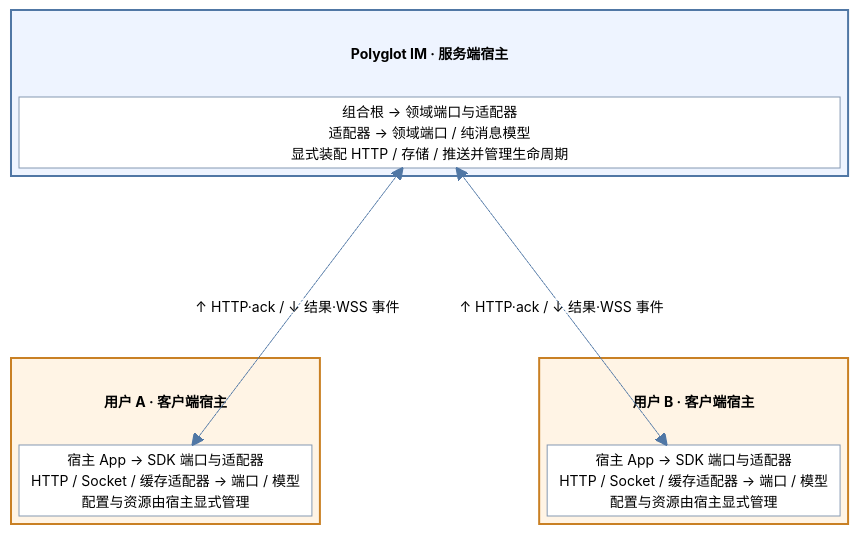
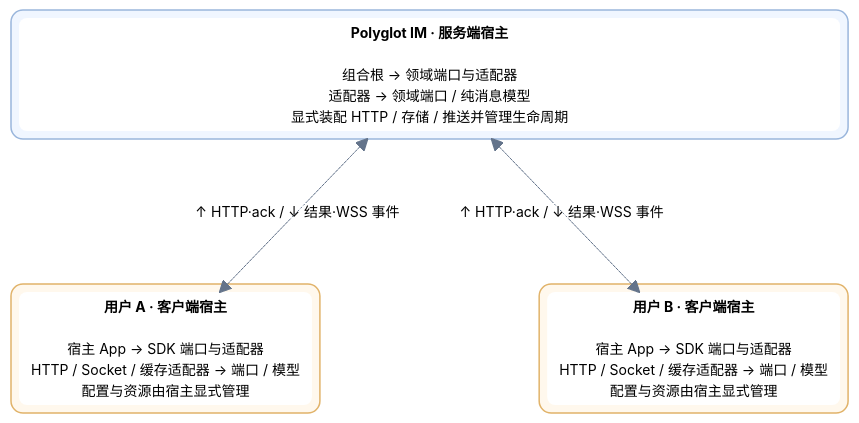
Before and after one commit to bitlap/polyglot-im: the diagram in docs/extensibility.md, drawn with Mermaid. The commit also changed 8 other files, not shown here.

Commit message:
docs: 美化 Mermaid 图并统一直角折线

````diff
--- a/docs/extensibility.md
+++ b/docs/extensibility.md
@@ -9,33 +9,28 @@
 ```mermaid
-%%{init: {"theme": "base", "themeVariables": {"fontSize": "14px", "primaryColor": "#ffffff", "primaryBorderColor": "#8599b2", "primaryTextColor": "#24364b", "lineColor": "#5077a5"}, "themeCSS": ".edge-pattern-dotted { stroke: #c47a1c !important; stroke-width: 2px !important; stroke-dasharray: 4 8 !important; } .edge-pattern-solid { stroke: #5077a5 !important; }"}}%%
+%%{init: {"theme":"base","flowchart":{"curve":"stepBefore"},"themeVariables":{"fontSize":"14px","primaryColor":"#ffffff","primaryBorderColor":"#cbd5e1","primaryTextColor":"#1e293b","lineColor":"#64748b","edgeLabelBackground":"#ffffff"},"themeCSS":".edge-pattern-dotted { stroke: #d68a26 !important; stroke-width: 1.6px !important; stroke-dasharray: 5 7 !important; } .edge-pattern-solid { stroke: #64748b !important; stroke-width: 1.6px !important; } .edgeLabel rect { fill: #ffffff !important; opacity: 1 !important; rx: 5; ry: 5; } .block rect { rx: 10; ry: 10; }"}}%%
 block-beta
   columns 8
   block:IM:8
     columns 1
-    IMTitle["Polyglot IM · 服务端宿主"]
-    Server["组合根 → 领域端口与适配器<br/>适配器 → 领域端口 / 纯消息模型<br/>显式装配 HTTP / 存储 / 推送并管理生命周期"]
+    Server["<b>Polyglot IM · 服务端宿主</b><br/><br/>组合根 → 领域端口与适配器<br/>适配器 → 领域端口 / 纯消息模型<br/>显式装配 HTTP / 存储 / 推送并管理生命周期"]
   end
   space:8
   block:Alice:3
     columns 1
-    AliceTitle["用户 A · 客户端宿主"]
-    UA["宿主 App → SDK 端口与适配器<br/>HTTP / Socket / 缓存适配器 → 端口 / 模型<br/>配置与资源由宿主显式管理"]
+    UA["<b>用户 A · 客户端宿主</b><br/><br/>宿主 App → SDK 端口与适配器<br/>HTTP / Socket / 缓存适配器 → 端口 / 模型<br/>配置与资源由宿主显式管理"]
   end
   space:2
   block:Bob:3
     columns 1
-    BobTitle["用户 B · 客户端宿主"]
-    UB["宿主 App → SDK 端口与适配器<br/>HTTP / Socket / 缓存适配器 → 端口 / 模型<br/>配置与资源由宿主显式管理"]
+    UB["<b>用户 B · 客户端宿主</b><br/><br/>宿主 App → SDK 端口与适配器<br/>HTTP / Socket / 缓存适配器 → 端口 / 模型<br/>配置与资源由宿主显式管理"]
   end
-  Server -. "↑ HTTP·ack / ↓ 结果·WSS 事件" .-> UA
-  UA -.-> Server
-  Server -. "↑ HTTP·ack / ↓ 结果·WSS 事件" .-> UB
-  UB -.-> Server
-  style IM fill:#eef4ff,stroke:#5077a5,stroke-width:2px
-  style Alice fill:#fff4e5,stroke:#c98024,stroke-width:2px
-  style Bob fill:#fff4e5,stroke:#c98024,stroke-width:2px
-  classDef title fill:none,stroke:none,font-weight:bold
-  class IMTitle,AliceTitle,BobTitle title
-  classDef component fill:#fff,stroke:#8599b2
+  IM -. "↑ HTTP·ack / ↓ 结果·WSS 事件" .-> UA
+  UA -.-> IM
+  IM -. "↑ HTTP·ack / ↓ 结果·WSS 事件" .-> UB
+  UB -.-> IM
+  style IM fill:#f0f6ff,stroke:#9ab6dc,stroke-width:1.5px,rx:12,ry:12
+  style Alice fill:#fff8ed,stroke:#e1b36a,stroke-width:1.5px,rx:12,ry:12
+  style Bob fill:#fff8ed,stroke:#e1b36a,stroke-width:1.5px,rx:12,ry:12
+  classDef component fill:#ffffff,stroke:none,color:#475569,rx:8,ry:8
   class Server,UA,UB component
 ```
````
